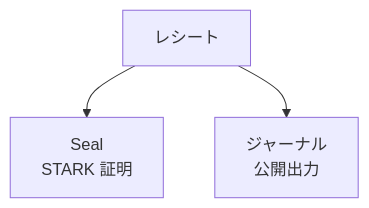
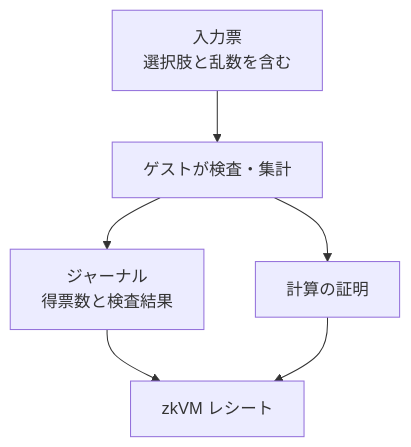
One commit to hwatanabe-jp/stark-ballot-simulator-public changed the diagram in public-book/src/zkvm/foundations.md. Above: the diagram before and after it, drawn with Mermaid. The commit also changed other lines of this file and 1197 other files, not shown here.

````diff
--- a/public-book/src/zkvm/foundations.md
+++ b/public-book/src/zkvm/foundations.md
@@ -80,6 +17,8 @@
 ```mermaid
 flowchart TB
-  R[レシート]
-  R --> S[Seal<br/>STARK 証明]
-  R --> J[ジャーナル<br/>公開出力]
+  IN[入力票<br/>選択肢と乱数を含む] --> G[ゲストが検査・集計]
+  G --> J[ジャーナル<br/>得票数と検査結果]
+  G --> P[計算の証明]
+  J --> R[zkVM レシート]
+  P --> R
 ```
````
